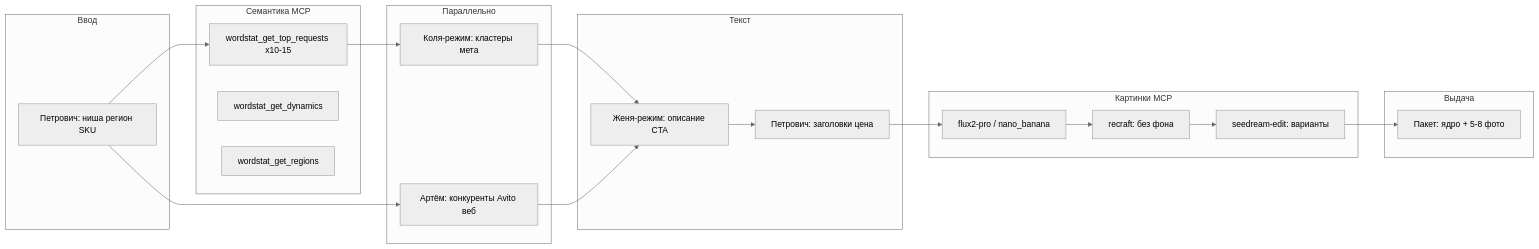
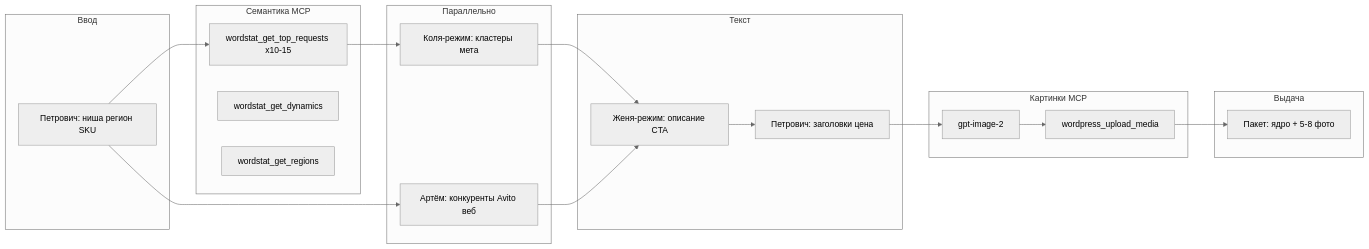
Before and after one commit to AndreyNF/MyFirstProject: the diagram in .cursor/skills/avito-ad-pipeline/SKILL.md, drawn with Mermaid (neutral theme). The commit also changed other lines of this file and 17 other files, not shown here.

````diff
--- a/.cursor/skills/avito-ad-pipeline/SKILL.md
+++ b/.cursor/skills/avito-ad-pipeline/SKILL.md
@@ -13,37 +13,35 @@
 ```mermaid
 flowchart LR
   subgraph input [Ввод]
     P[Петрович: ниша регион SKU]
   end
   subgraph semantic [Семантика MCP]
     W[wordstat_get_top_requests x10-15]
     D[wordstat_get_dynamics]
     R[wordstat_get_regions]
   end
   subgraph parallel [Параллельно]
     A[Артём: конкуренты Avito веб]
     K[Коля-режим: кластеры мета]
   end
   subgraph copy [Текст]
     Z[Женя-режим: описание CTA]
     Pet[Петрович: заголовки цена]
   end
   subgraph visual [Картинки MCP]
-    I1[flux2-pro / nano_banana]
-    I2[recraft: без фона]
-    I3[seedream-edit: варианты]
+    I1[gpt-image-2]
+    I2[wordpress_upload_media]
   end
   subgraph out [Выдача]
     Pack[Пакет: ядро + 5-8 фото]
   end
   P --> W
   W --> K
   P --> A
   K --> Z
   A --> Z
   Z --> Pet
   Pet --> I1
   I1 --> I2
-  I2 --> I3
-  I3 --> Pack
+  I2 --> Pack
 ```
````
